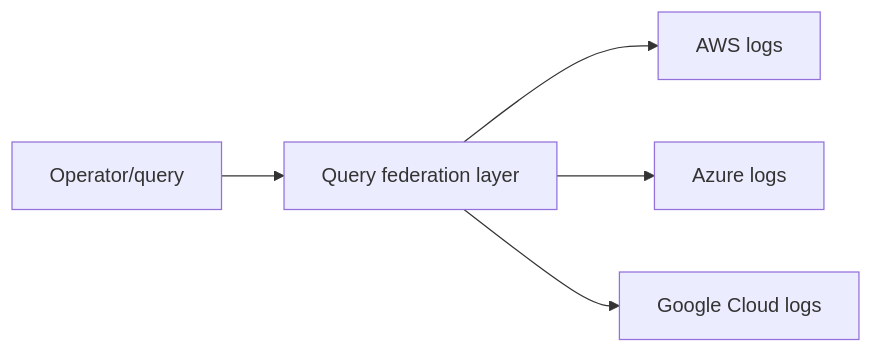
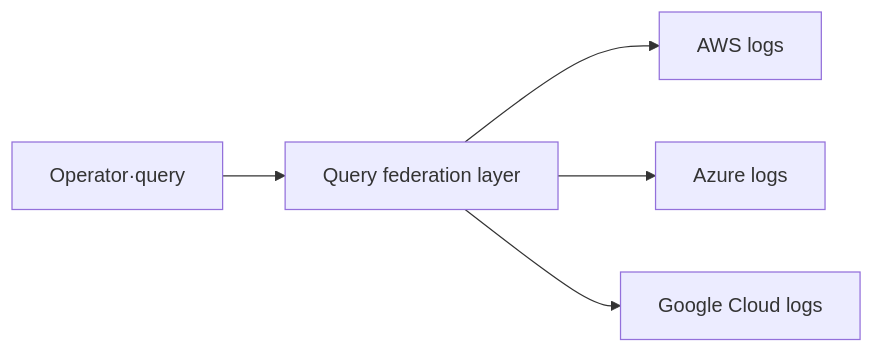
The third of 3 diagrams in src/content/docs/en/devops/observability.md (cloudpickr/cloudpick-docs), drawn with Mermaid before and after one commit. The commit also changed 29 other files, not shown here.

First line of the commit message:
fix: Mermaid 전수조사 — 노드 라벨 슬래시 13건 수정 (ko/en/ja)

````diff
--- a/src/content/docs/en/devops/observability.md
+++ b/src/content/docs/en/devops/observability.md
@@ -76,7 +76,7 @@
 ```mermaid
 graph LR
-    U[Operator/query] --> F[Query federation layer]
+    U[Operator·query] --> F[Query federation layer]
     F --> A[AWS logs]
     F --> B[Azure logs]
     F --> G[Google Cloud logs]
 ```
````
